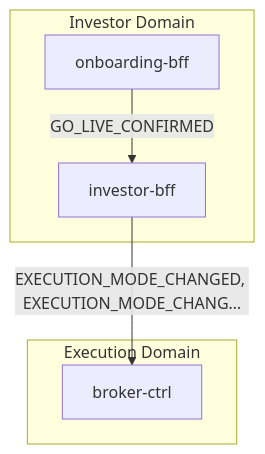
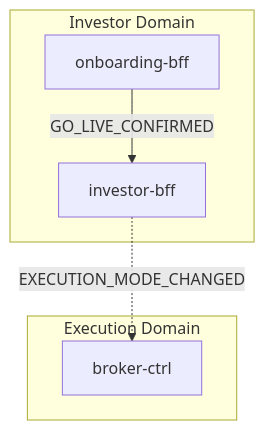
Before and after one commit to fabio-vitali/nestfolio: the first of 2 diagrams in docs/data-flows/go-live.md, drawn with Mermaid. The commit also changed other lines of this file and 25 other files, not shown here.

First line of the commit message:
docs(data-flows): sync flow specs to code + harden generator

````diff
--- a/docs/data-flows/go-live.md
+++ b/docs/data-flows/go-live.md
@@ -11,12 +11,12 @@
 ```mermaid
 flowchart TD
     subgraph investor["Investor Domain"]
         onboarding_bff["onboarding-bff"]
         investor_bff["investor-bff"]
     end
     subgraph execution["Execution Domain"]
         broker_ctrl["broker-ctrl"]
     end
     onboarding_bff -->|"GO_LIVE_CONFIRMED"| investor_bff
-    investor_bff -->|"EXECUTION_MODE_CHANGED, EXECUTION_MODE_CHANG…"| broker_ctrl
+    investor_bff -.->|"EXECUTION_MODE_CHANGED"| broker_ctrl
 ```
````
